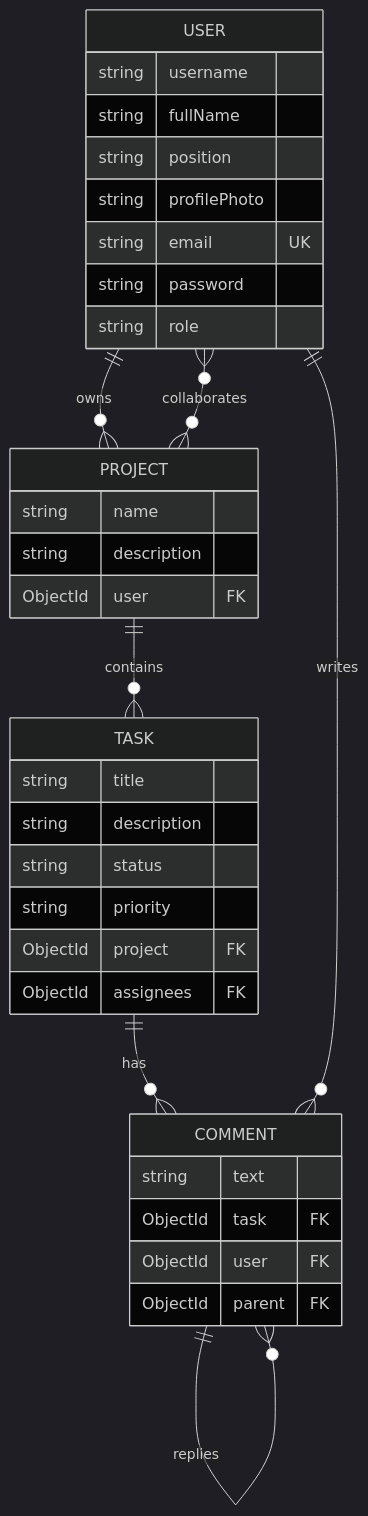
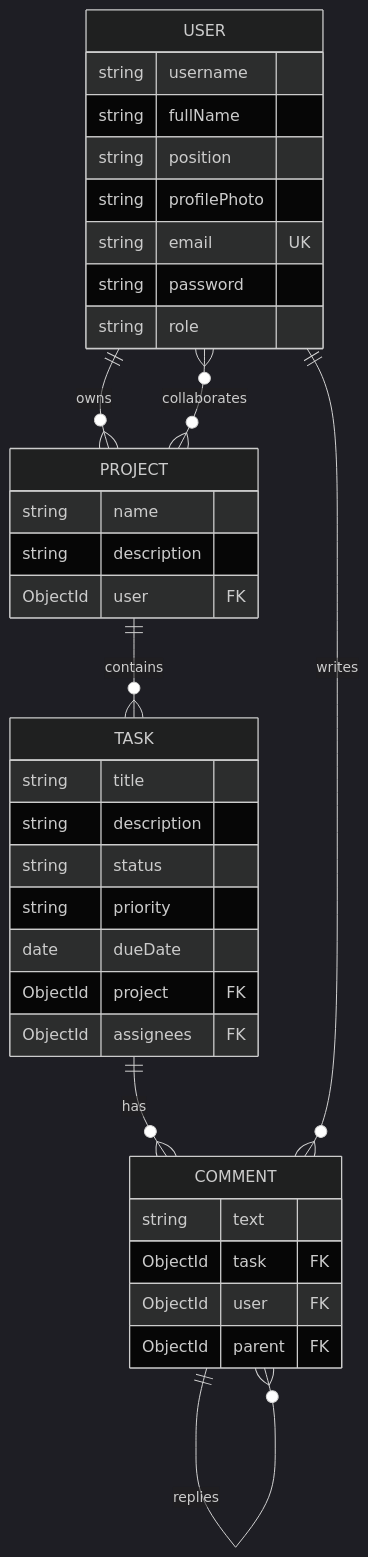
The first of 3 diagrams in DOCUMENTATION.md (baldemoussa/Full-Stack-MERN-Application-Pro-Tasker), drawn with Mermaid (dark theme) before and after one commit. The commit also changed other lines of this file and 13 other files, not shown here.

````diff
--- a/DOCUMENTATION.md
+++ b/DOCUMENTATION.md
@@ -207,37 +211,38 @@
 ```mermaid
 erDiagram
   USER ||--o{ PROJECT : owns
   USER }o--o{ PROJECT : collaborates
   PROJECT ||--o{ TASK : contains
   TASK ||--o{ COMMENT : has
   USER ||--o{ COMMENT : writes
   COMMENT ||--o{ COMMENT : replies
   USER {
     string username
     string fullName
     string position
     string profilePhoto
     string email UK
     string password
     string role
   }
   PROJECT {
     string name
     string description
     ObjectId user FK
   }
   TASK {
     string title
     string description
     string status
     string priority
+    date dueDate
     ObjectId project FK
     ObjectId assignees FK
   }
   COMMENT {
     string text
     ObjectId task FK
     ObjectId user FK
     ObjectId parent FK
   }
 ```
````
